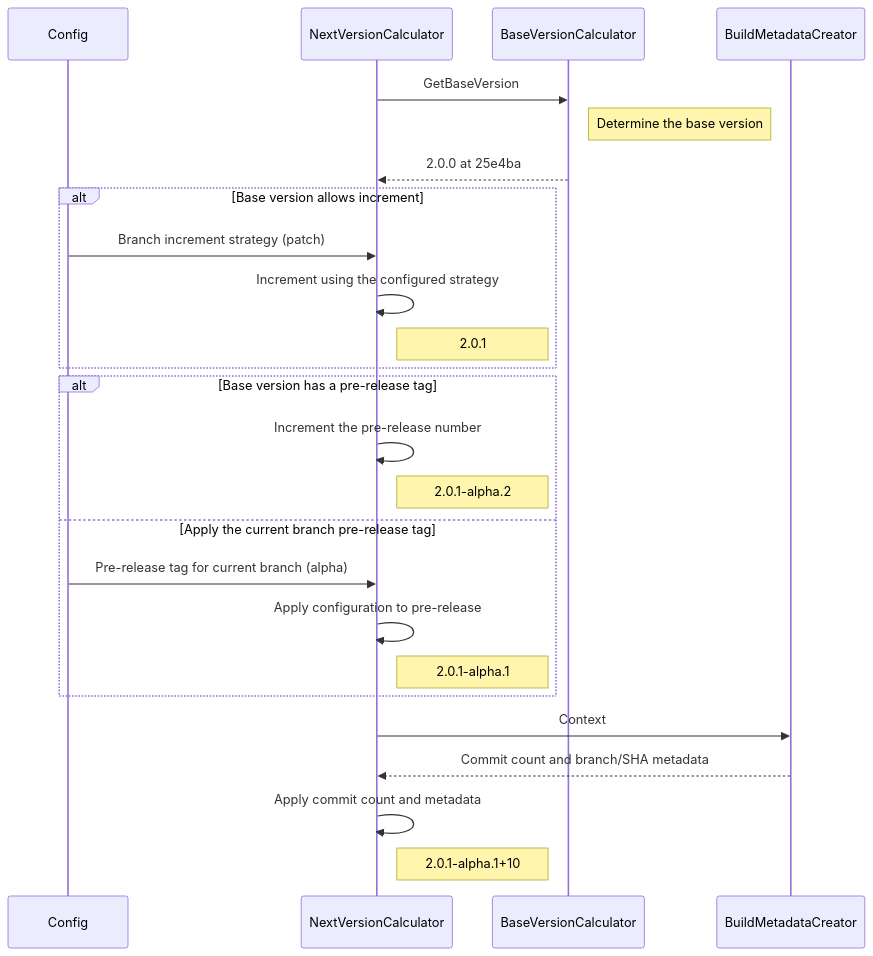
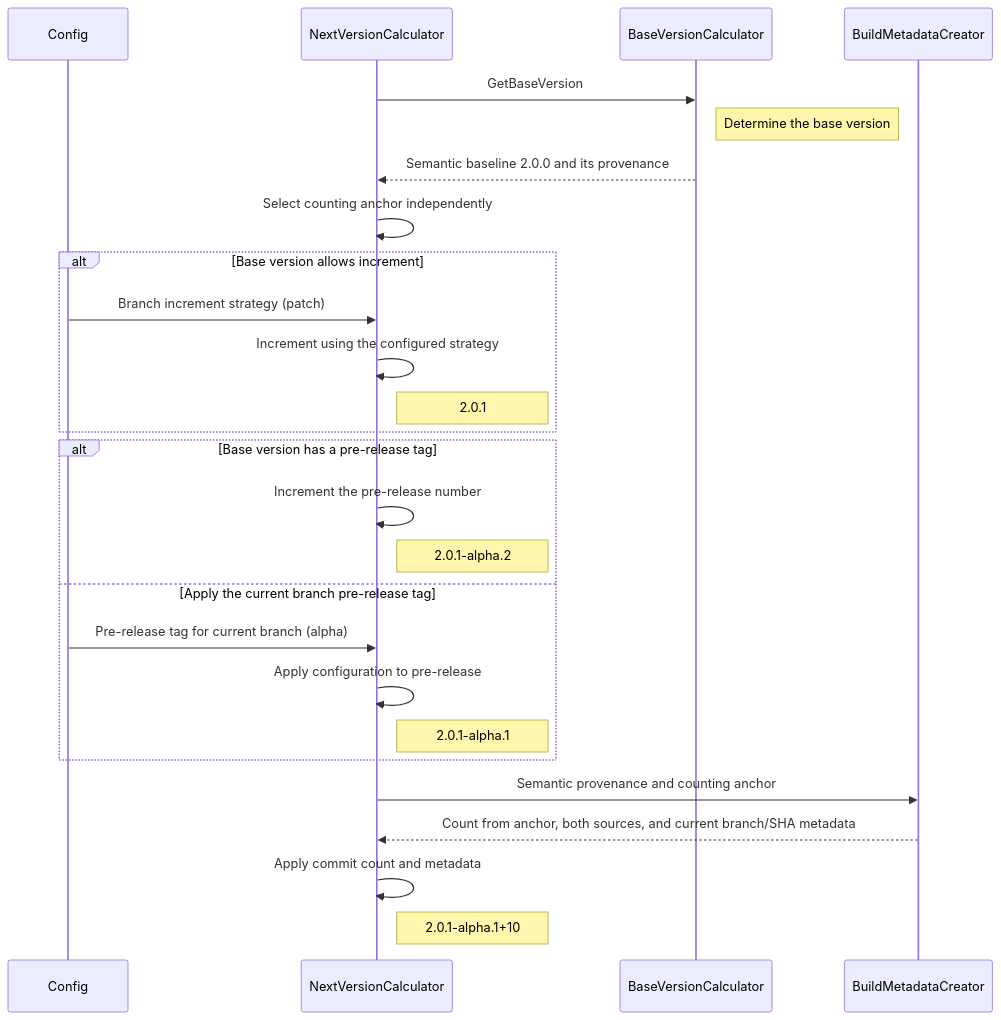
Before and after one commit to GitTools/GitVersion: the diagram in docs/diagrams/version-calculation.mmd, drawn with Mermaid. The commit also changed 67 other files, not shown here.

Commit message:
feat: separate semantic version and commit count sources

```diff
--- a/docs/diagrams/version-calculation.mmd
+++ b/docs/diagrams/version-calculation.mmd
@@ -1,29 +1,30 @@
 sequenceDiagram
     participant Config
     participant Next as NextVersionCalculator
     participant Base as BaseVersionCalculator
     participant Metadata as BuildMetadataCreator
 
     Next->>Base: GetBaseVersion
     Note right of Base: Determine the base version
-    Base-->>Next: 2.0.0 at 25e4ba
+    Base-->>Next: Semantic baseline 2.0.0 and its provenance
+    Next->>Next: Select counting anchor independently
 
     alt Base version allows increment
         Config->>Next: Branch increment strategy (patch)
         Next->>Next: Increment using the configured strategy
         Note right of Next: 2.0.1
     end
 
     alt Base version has a pre-release tag
         Next->>Next: Increment the pre-release number
         Note right of Next: 2.0.1-alpha.2
     else Apply the current branch pre-release tag
         Config->>Next: Pre-release tag for current branch (alpha)
         Next->>Next: Apply configuration to pre-release
         Note right of Next: 2.0.1-alpha.1
     end
 
-    Next->>Metadata: Context
-    Metadata-->>Next: Commit count and branch/SHA metadata
+    Next->>Metadata: Semantic provenance and counting anchor
+    Metadata-->>Next: Count from anchor, both sources, and current branch/SHA metadata
     Next->>Next: Apply commit count and metadata
     Note right of Next: 2.0.1-alpha.1+10
```
